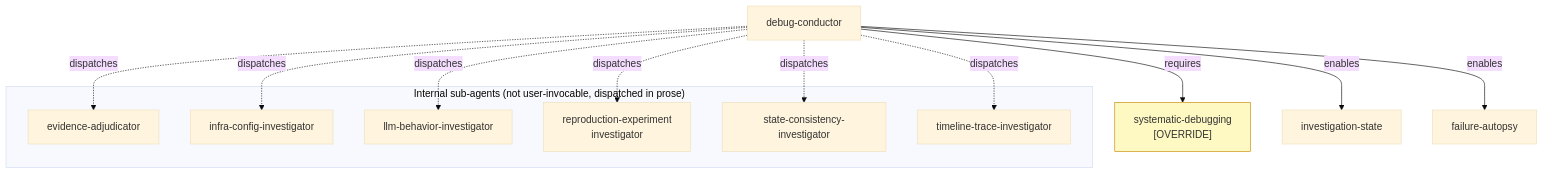
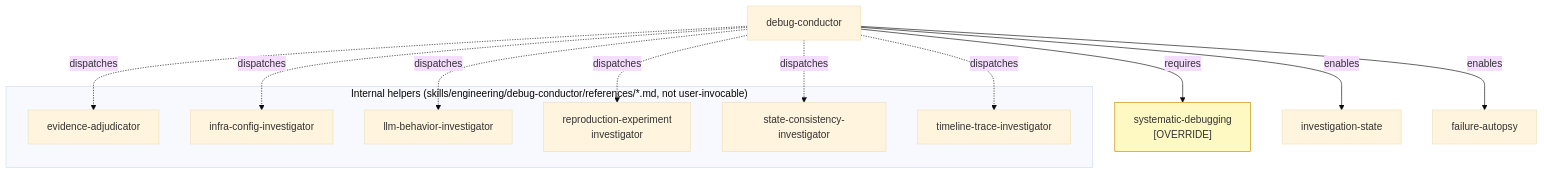
The sixth of 7 diagrams in docs/SKILL_TAXONOMY.md (bordenet/superpowers-plus), drawn with Mermaid (base theme) before and after one commit. The commit also changed other lines of this file and 32 other files, not shown here.

````diff
--- a/docs/SKILL_TAXONOMY.md
+++ b/docs/SKILL_TAXONOMY.md
@@ -215,29 +215,29 @@
 ```mermaid
 flowchart TD
     classDef ovrd fill:#fef9c3,stroke:#ca8a04
 
     DC[debug-conductor]
     SD["systematic-debugging<br/>[OVERRIDE]"]:::ovrd
     IS[investigation-state]
     FA[failure-autopsy]
 
     DC -->|requires| SD
     DC -->|enables| IS
     DC -->|enables| FA
 
-    subgraph subs["Internal sub-agents (not user-invocable, dispatched in prose)"]
+    subgraph subs["Internal helpers (skills/engineering/debug-conductor/references/*.md, not user-invocable)"]
         EA[evidence-adjudicator]
         ICI[infra-config-investigator]
         LBI[llm-behavior-investigator]
         REI[reproduction-experiment<br/>investigator]
         SCI[state-consistency-investigator]
         TTI[timeline-trace-investigator]
     end
 
     DC -.->|dispatches| EA
     DC -.->|dispatches| ICI
     DC -.->|dispatches| LBI
     DC -.->|dispatches| REI
     DC -.->|dispatches| SCI
     DC -.->|dispatches| TTI
 ```
````
